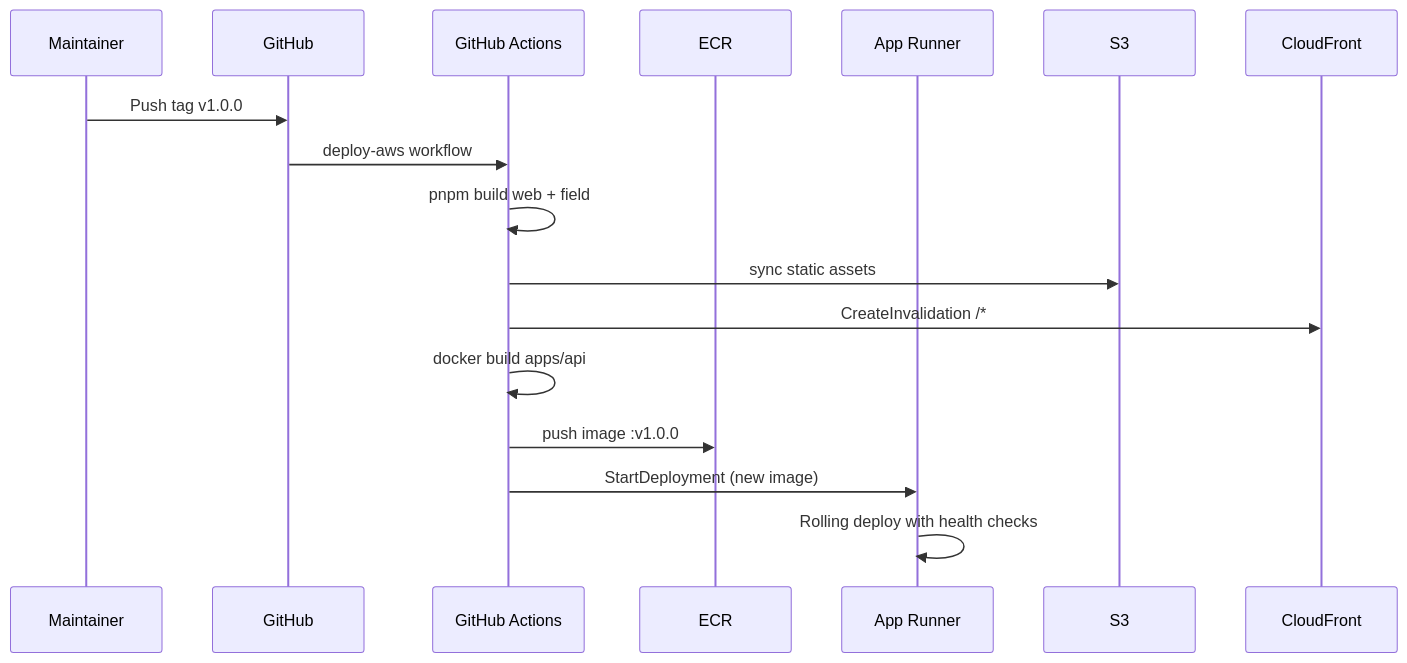
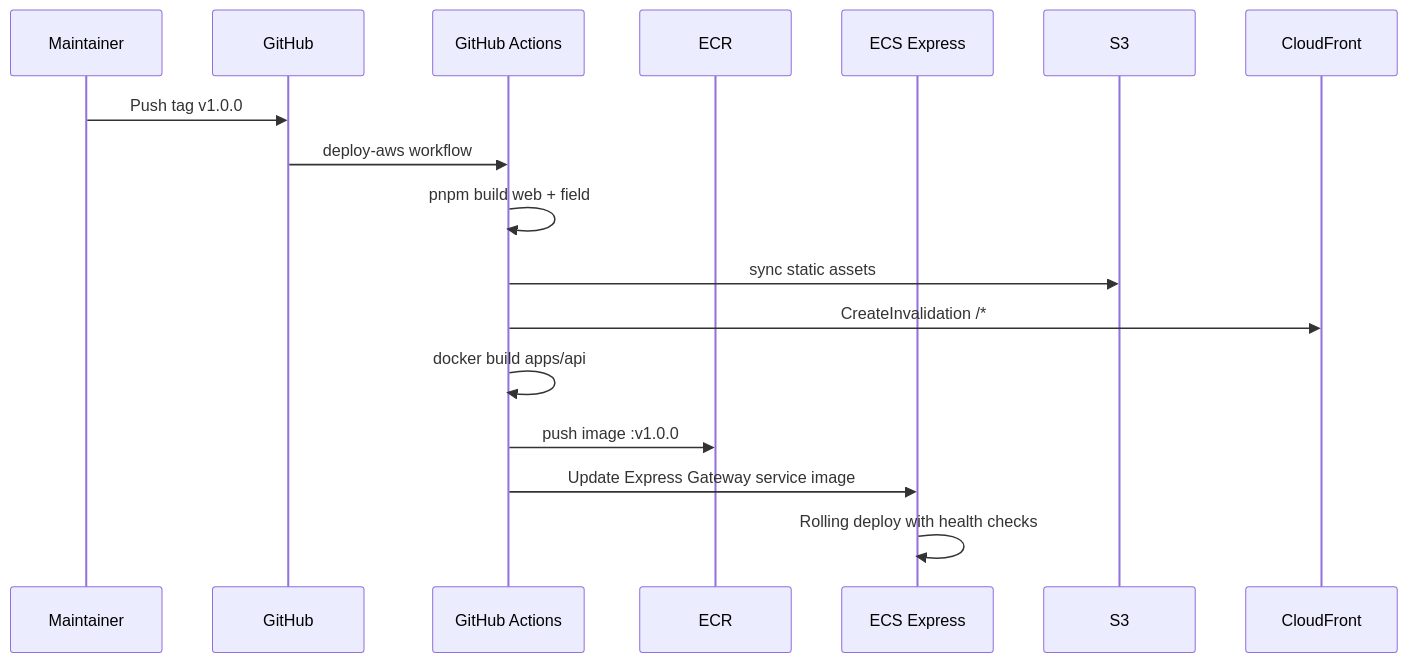
Before and after one commit to SaveMarineMammals/marine-mammal-assessment-platform: the second of 2 diagrams in docs/ops/AWS_INFRA.md, drawn with Mermaid. The commit also changed other lines of this file and 49 other files, not shown here.

First line of the commit message:
refactor(infra): migrate API to ECS Express and cut staging cost (#5)

````diff
--- a/docs/ops/AWS_INFRA.md
+++ b/docs/ops/AWS_INFRA.md
@@ -211,20 +244,20 @@
 ```mermaid
 sequenceDiagram
   participant Dev as Maintainer
   participant GH as GitHub
   participant GHA as GitHub Actions
   participant ECR as ECR
-  participant AR as App Runner
+  participant ECS as ECS Express
   participant S3 as S3
   participant CF as CloudFront
 
   Dev->>GH: Push tag v1.0.0
   GH->>GHA: deploy-aws workflow
   GHA->>GHA: pnpm build web + field
   GHA->>S3: sync static assets
   GHA->>CF: CreateInvalidation /*
   GHA->>GHA: docker build apps/api
   GHA->>ECR: push image :v1.0.0
-  GHA->>AR: StartDeployment (new image)
-  AR->>AR: Rolling deploy with health checks
+  GHA->>ECS: Update Express Gateway service image
+  ECS->>ECS: Rolling deploy with health checks
 ```
````
